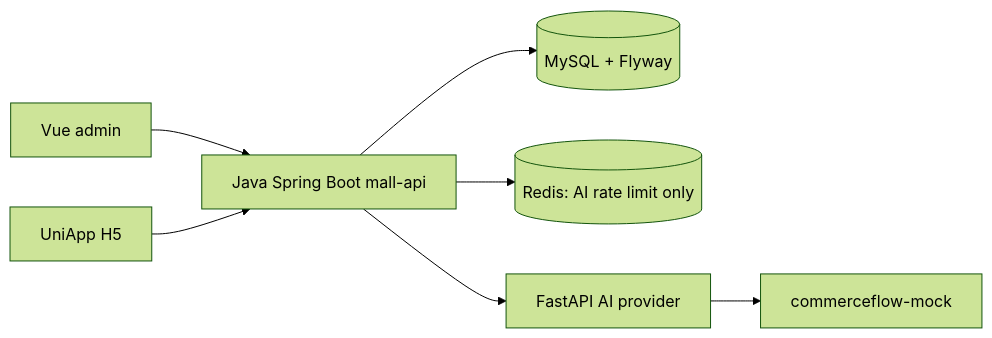
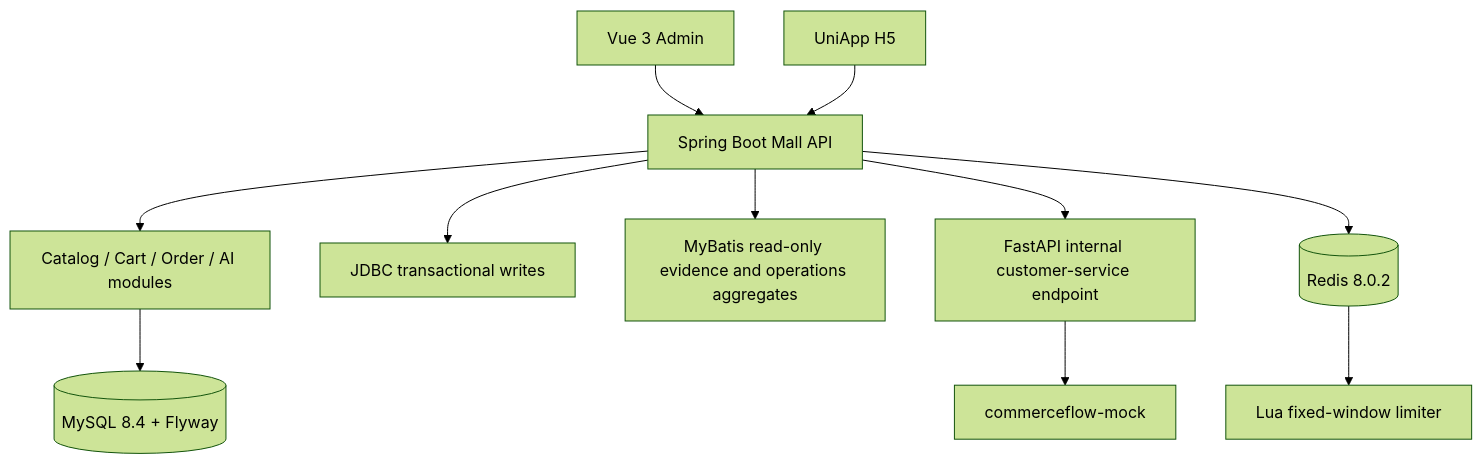
One commit to jameswilson87156-del/commerceflow-ai-mall changed the diagram in docs/architecture/SYSTEM_ARCHITECTURE.md. Above: the diagram before and after it, drawn with Mermaid (forest theme). The commit also changed other lines of this file and 11 other files, not shown here.

Commit message:
docs: add architecture and canonical screenshots

````diff
--- a/docs/architecture/SYSTEM_ARCHITECTURE.md
+++ b/docs/architecture/SYSTEM_ARCHITECTURE.md
@@ -5,9 +5,13 @@
 ```mermaid
-flowchart LR
-  Admin[Vue admin] --> Java[Java Spring Boot mall-api]
-  Mobile[UniApp H5] --> Java
-  Java --> MySQL[(MySQL + Flyway)]
-  Java --> Redis[(Redis: AI rate limit only)]
-  Java --> Python[FastAPI AI provider]
-  Python --> Mock[commerceflow-mock]
+flowchart TB
+  Admin[Vue 3 Admin] --> Api[Spring Boot Mall API]
+  Mobile[UniApp H5] --> Api
+  Api --> Catalog[Catalog / Cart / Order / AI modules]
+  Catalog --> Mysql[(MySQL 8.4 + Flyway)]
+  Api --> Jdbc[JDBC transactional writes]
+  Api --> Mybatis[MyBatis read-only evidence and operations aggregates]
+  Api --> FastApi[FastAPI internal customer-service endpoint]
+  FastApi --> Mock[commerceflow-mock]
+  Api --> Redis[(Redis 8.0.2)]
+  Redis --> Lua[Lua fixed-window limiter]
 ```
````
